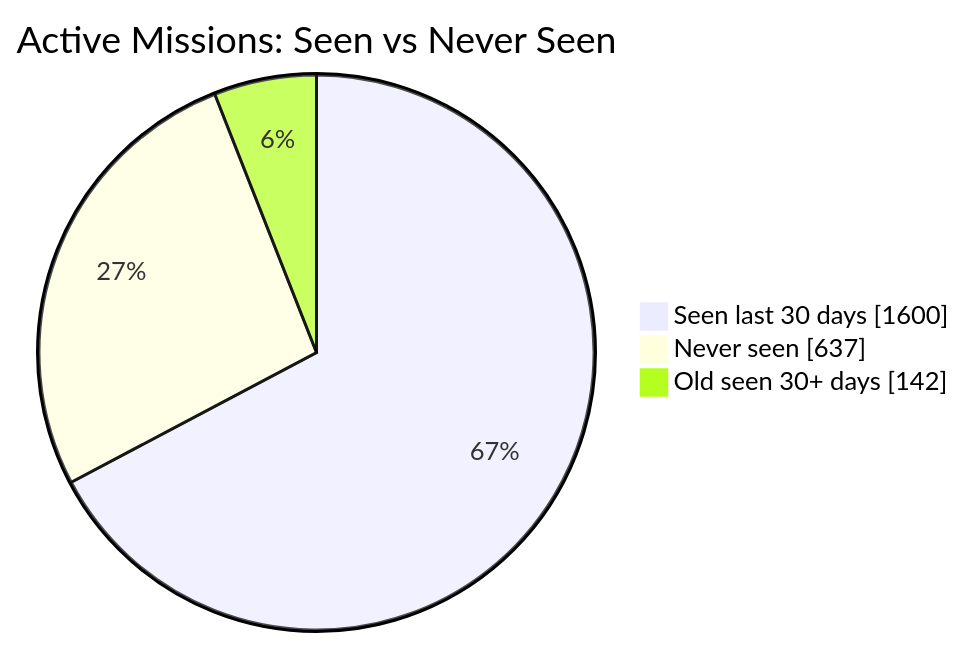
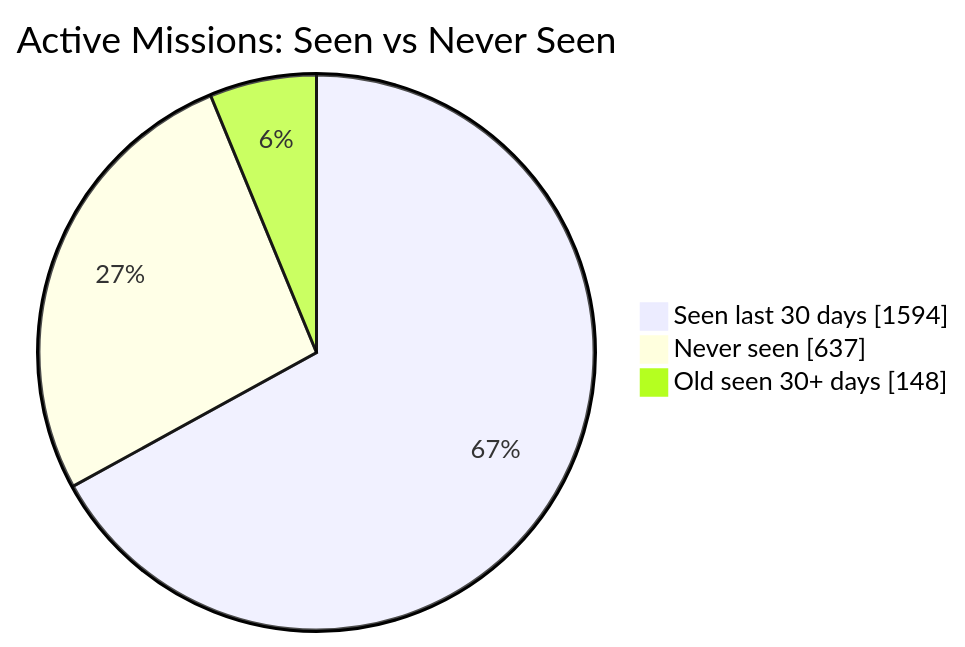
One commit to MeldkamerspelGameTeam/active-missions changed the first of 2 diagrams in README.md. Above: the diagram before and after it, drawn with Mermaid. The commit also changed other lines of this file and 2 other files, not shown here.

````diff
--- a/README.md
+++ b/README.md
@@ -34,7 +34,7 @@
 ```mermaid
 pie showData
     title Active Missions: Seen vs Never Seen
-    "Seen last 30 days" : 1600
+    "Seen last 30 days" : 1594
     "Never seen" : 637
-    "Old seen 30+ days" : 142
+    "Old seen 30+ days" : 148
 ```
````
